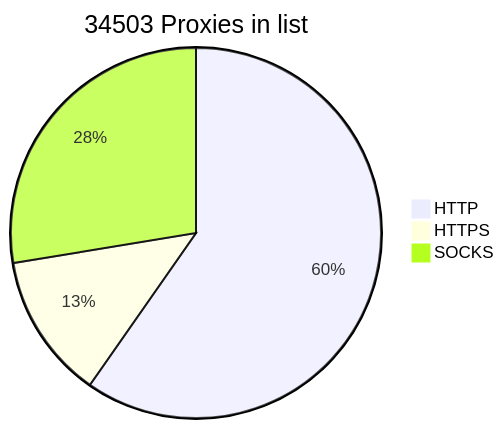
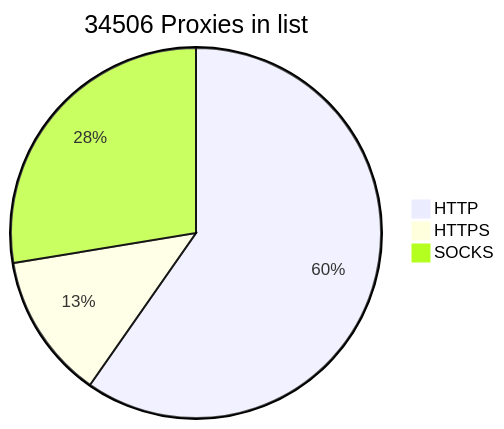
The diagram in README.md (BlackSnowDot/proxylist-update-every-minute), drawn with Mermaid before and after one commit.

````diff
--- a/README.md
+++ b/README.md
@@ -2,6 +2,6 @@
 ```mermaid
-pie title 34503 Proxies in list
-    "HTTP" : 22844
+pie title 34506 Proxies in list
+    "HTTP" : 22845
     "HTTPS": 4862
-    "SOCKS" : 10559
+    "SOCKS" : 10562
 ```
````
